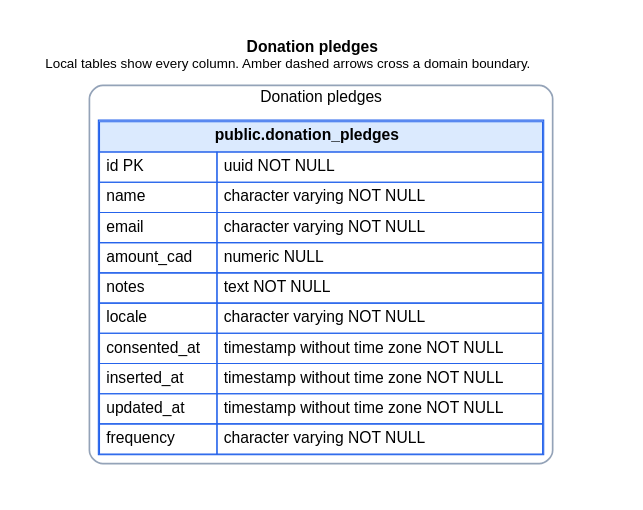
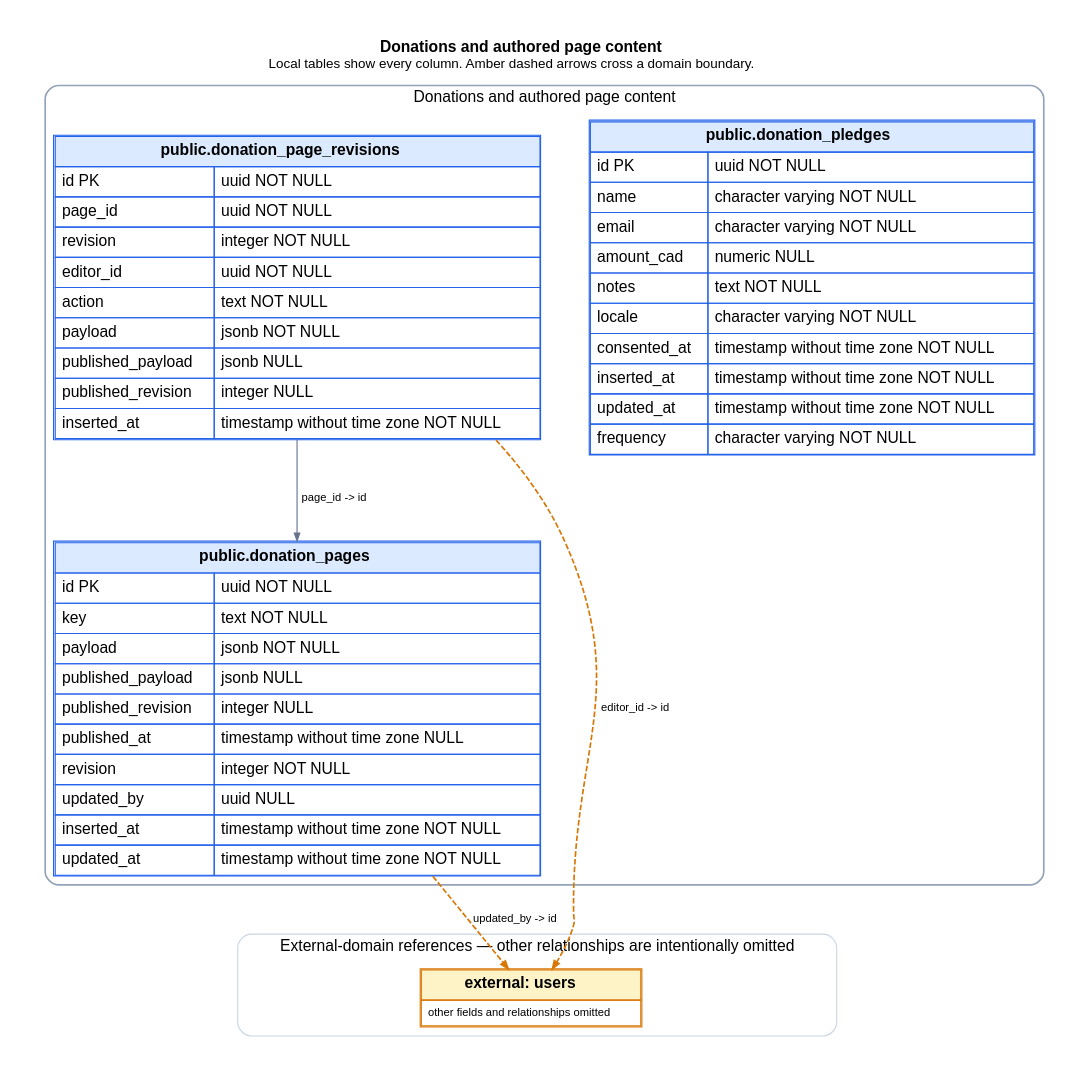
The diagram in docs/schema/domains/donations.dot (ogourment/pauseai.ca-website), drawn with Graphviz before and after one commit. The commit also changed 22 other files, not shown here.

```diff
--- a/docs/schema/domains/donations.dot
+++ b/docs/schema/domains/donations.dot
@@ -1,31 +1,53 @@
 digraph donations {
   graph [rankdir=TB, bgcolor="white", pad=0.35, nodesep=0.6, ranksep=0.9, fontname="Helvetica"];
   node [shape=plain, fontname="Helvetica"];
   edge [fontname="Helvetica", fontsize=10, arrowsize=0.7];
   labelloc="t";
-  label=< <B>Donation pledges</B><BR/><FONT POINT-SIZE="12">Local tables show every column. Amber dashed arrows cross a domain boundary.</FONT> >;
+  label=< <B>Donations and authored page content</B><BR/><FONT POINT-SIZE="12">Local tables show every column. Amber dashed arrows cross a domain boundary.</FONT> >;
 
   subgraph cluster_local {
-    label="Donation pledges";
+    label="Donations and authored page content";
     color="#94a3b8";
     penwidth=1.5;
     style="rounded";
   "donation_pledges" [label=<
     <TABLE BORDER="1" CELLBORDER="1" CELLSPACING="0" CELLPADDING="5" COLOR="#2563eb">
       <TR><TD BGCOLOR="#dbeafe" COLSPAN="2"><B>public.donation_pledges</B></TD></TR>
       <TR><TD ALIGN="LEFT">id PK</TD><TD ALIGN="LEFT">uuid NOT NULL</TD></TR><TR><TD ALIGN="LEFT">name</TD><TD ALIGN="LEFT">character varying NOT NULL</TD></TR><TR><TD ALIGN="LEFT">email</TD><TD ALIGN="LEFT">character varying NOT NULL</TD></TR><TR><TD ALIGN="LEFT">amount_cad</TD><TD ALIGN="LEFT">numeric NULL</TD></TR><TR><TD ALIGN="LEFT">notes</TD><TD ALIGN="LEFT">text NOT NULL</TD></TR><TR><TD ALIGN="LEFT">locale</TD><TD ALIGN="LEFT">character varying NOT NULL</TD></TR><TR><TD ALIGN="LEFT">consented_at</TD><TD ALIGN="LEFT">timestamp without time zone NOT NULL</TD></TR><TR><TD ALIGN="LEFT">inserted_at</TD><TD ALIGN="LEFT">timestamp without time zone NOT NULL</TD></TR><TR><TD ALIGN="LEFT">updated_at</TD><TD ALIGN="LEFT">timestamp without time zone NOT NULL</TD></TR><TR><TD ALIGN="LEFT">frequency</TD><TD ALIGN="LEFT">character varying NOT NULL</TD></TR>
     </TABLE>
   >];
 
+  "donation_pages" [label=<
+    <TABLE BORDER="1" CELLBORDER="1" CELLSPACING="0" CELLPADDING="5" COLOR="#2563eb">
+      <TR><TD BGCOLOR="#dbeafe" COLSPAN="2"><B>public.donation_pages</B></TD></TR>
+      <TR><TD ALIGN="LEFT">id PK</TD><TD ALIGN="LEFT">uuid NOT NULL</TD></TR><TR><TD ALIGN="LEFT">key</TD><TD ALIGN="LEFT">text NOT NULL</TD></TR><TR><TD ALIGN="LEFT">payload</TD><TD ALIGN="LEFT">jsonb NOT NULL</TD></TR><TR><TD ALIGN="LEFT">published_payload</TD><TD ALIGN="LEFT">jsonb NULL</TD></TR><TR><TD ALIGN="LEFT">published_revision</TD><TD ALIGN="LEFT">integer NULL</TD></TR><TR><TD ALIGN="LEFT">published_at</TD><TD ALIGN="LEFT">timestamp without time zone NULL</TD></TR><TR><TD ALIGN="LEFT">revision</TD><TD ALIGN="LEFT">integer NOT NULL</TD></TR><TR><TD ALIGN="LEFT">updated_by</TD><TD ALIGN="LEFT">uuid NULL</TD></TR><TR><TD ALIGN="LEFT">inserted_at</TD><TD ALIGN="LEFT">timestamp without time zone NOT NULL</TD></TR><TR><TD ALIGN="LEFT">updated_at</TD><TD ALIGN="LEFT">timestamp without time zone NOT NULL</TD></TR>
+    </TABLE>
+  >];
+
+  "donation_page_revisions" [label=<
+    <TABLE BORDER="1" CELLBORDER="1" CELLSPACING="0" CELLPADDING="5" COLOR="#2563eb">
+      <TR><TD BGCOLOR="#dbeafe" COLSPAN="2"><B>public.donation_page_revisions</B></TD></TR>
+      <TR><TD ALIGN="LEFT">id PK</TD><TD ALIGN="LEFT">uuid NOT NULL</TD></TR><TR><TD ALIGN="LEFT">page_id</TD><TD ALIGN="LEFT">uuid NOT NULL</TD></TR><TR><TD ALIGN="LEFT">revision</TD><TD ALIGN="LEFT">integer NOT NULL</TD></TR><TR><TD ALIGN="LEFT">editor_id</TD><TD ALIGN="LEFT">uuid NOT NULL</TD></TR><TR><TD ALIGN="LEFT">action</TD><TD ALIGN="LEFT">text NOT NULL</TD></TR><TR><TD ALIGN="LEFT">payload</TD><TD ALIGN="LEFT">jsonb NOT NULL</TD></TR><TR><TD ALIGN="LEFT">published_payload</TD><TD ALIGN="LEFT">jsonb NULL</TD></TR><TR><TD ALIGN="LEFT">published_revision</TD><TD ALIGN="LEFT">integer NULL</TD></TR><TR><TD ALIGN="LEFT">inserted_at</TD><TD ALIGN="LEFT">timestamp without time zone NOT NULL</TD></TR>
+    </TABLE>
+  >];
+
   }
 
   subgraph cluster_external {
     label="External-domain references — other relationships are intentionally omitted";
     color="#cbd5e1";
     penwidth=1;
     style="rounded";
+  "users" [label=<
+    <TABLE BORDER="1" CELLBORDER="1" CELLSPACING="0" CELLPADDING="5" COLOR="#d97706">
+      <TR><TD BGCOLOR="#fef3c7"><B>external: users</B></TD></TR>
+      <TR><TD><FONT POINT-SIZE="10">other fields and relationships omitted</FONT></TD></TR>
+    </TABLE>
+  >];
 
   }
 
-
+  "donation_page_revisions" -> "users" [label="editor_id -> id", color="#d97706", style="dashed", penwidth=1.5];
+  "donation_page_revisions" -> "donation_pages" [label="page_id -> id", color="#64748b"];
+  "donation_pages" -> "users" [label="updated_by -> id", color="#d97706", style="dashed", penwidth=1.5];
 }
```
